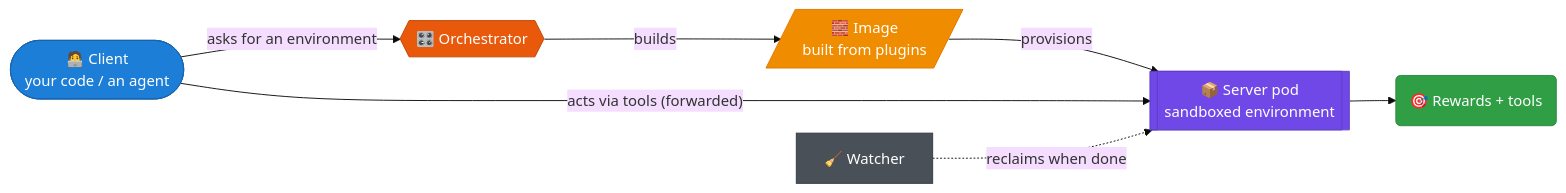
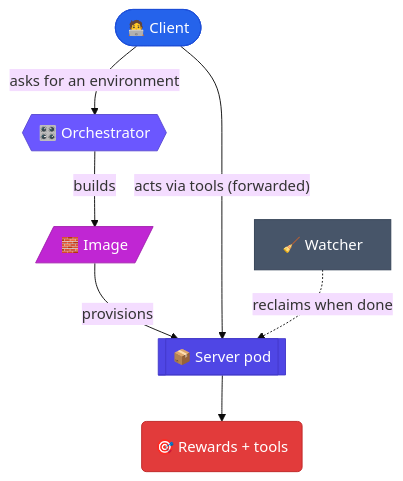
One commit to JetBrains-Research/idegym changed the diagram in website/docs/overview/concepts.md. Above: the diagram before and after it, drawn with Mermaid (base theme). The commit also changed 9 other files, not shown here.

First line of the commit message:
[JBRes-9938] recolor diagrams to brand palette + tighten & un-stretch

````diff
--- a/website/docs/overview/concepts.md
+++ b/website/docs/overview/concepts.md
@@ -85,30 +85,30 @@
 ```mermaid
-flowchart LR
-    client(["🧑‍💻 Client<br/>your code / an agent"]):::client
+flowchart TB
+    client(["🧑‍💻 Client"]):::client
     orch{{"🎛️ Orchestrator"}}:::ctrl
-    image[/"🧱 Image<br/>built from plugins"/]:::build
-    server[["📦 Server pod<br/>sandboxed environment"]]:::pod
+    image[/"🧱 Image"/]:::build
+    server[["📦 Server pod"]]:::pod
     reward("🎯 Rewards + tools"):::tool
     watcher["🧹 Watcher"]:::infra
 
     client -->|"asks for an environment"| orch
     orch -->|"builds"| image
     image -->|"provisions"| server
     client -->|"acts via tools (forwarded)"| server
     server --> reward
     watcher -.->|"reclaims when done"| server
 
     click orch "/idegym/architecture/orchestrator" "Orchestrator deep dive"
     click image "/idegym/architecture/image-builder" "Image builder deep dive"
     click server "/idegym/architecture/server" "Server internals"
     click reward "/idegym/architecture/rewards-tools" "Rewards and tools"
     click watcher "/idegym/architecture/watcher" "Watcher"
     click client "/idegym/architecture/client" "Client library"
 
-    classDef client fill:#1c7ed6,stroke:#1864ab,color:#fff;
-    classDef ctrl fill:#e8590c,stroke:#c04405,color:#fff;
-    classDef build fill:#f08c00,stroke:#e67700,color:#fff;
-    classDef pod fill:#7048e8,stroke:#5f3dc4,color:#fff;
-    classDef tool fill:#2f9e44,stroke:#2b8a3e,color:#fff;
-    classDef infra fill:#495057,stroke:#343a40,color:#fff;
+    classDef client fill:#2563eb,stroke:#1d4ed8,color:#fff;
+    classDef ctrl fill:#6b57ff,stroke:#5b4bd2,color:#fff;
+    classDef build fill:#c026d3,stroke:#a21caf,color:#fff;
+    classDef pod fill:#4f46e5,stroke:#4338ca,color:#fff;
+    classDef tool fill:#e23b3b,stroke:#c02626,color:#fff;
+    classDef infra fill:#475569,stroke:#334155,color:#fff;
 ```
````
